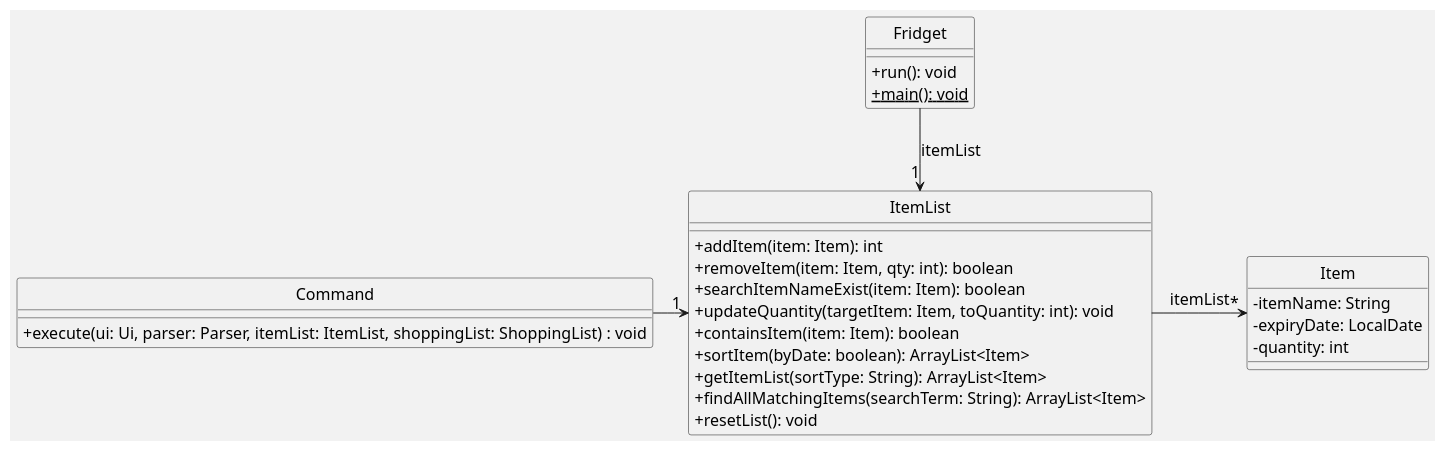
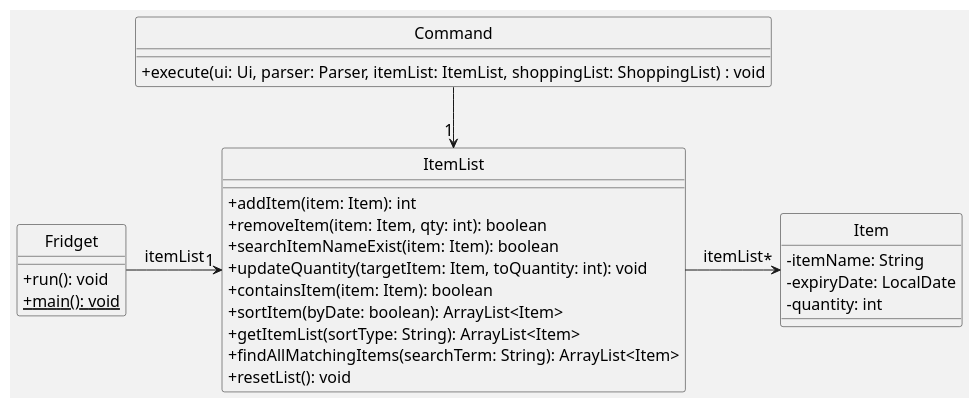
The diagram in docs/pumlFiles/ItemListClassDiagrams.puml (uosjapuelks/tp), drawn with PlantUML before and after one commit. The commit also changed 3 other files, not shown here.

```diff
--- a/docs/pumlFiles/ItemListClassDiagrams.puml
+++ b/docs/pumlFiles/ItemListClassDiagrams.puml
@@ -1,39 +1,39 @@
 @startuml
 'https://plantuml.com/class-diagram
 skinparam classAttributeIconSize 0
 skinparam backgroundColor #f2f2f2
 skinparam defaultFontSize 16
 hide circle
 
-ItemList "1" <-up- Fridget : itemList
-ItemList "1" <-left- Command
+ItemList "1" <-left- Fridget : itemList
+ItemList "1" <-up- Command
 Item "*" <-left- ItemList : itemList
 
 class ItemList {
     + addItem(item: Item): int
     + removeItem(item: Item, qty: int): boolean
     + searchItemNameExist(item: Item): boolean
     + updateQuantity(targetItem: Item, toQuantity: int): void
     + containsItem(item: Item): boolean
     + sortItem(byDate: boolean): ArrayList<Item>
     + getItemList(sortType: String): ArrayList<Item>
     + findAllMatchingItems(searchTerm: String): ArrayList<Item>
     + resetList(): void
 }
 
 class Item {
     - itemName: String
     - expiryDate: LocalDate
     - quantity: int
 }
 
 class Command {
     + execute(ui: Ui, parser: Parser, itemList: ItemList, shoppingList: ShoppingList) : void
 }
 
 class Fridget {
     + run(): void
     + {static} main(): void
 }
 
 @enduml
```
